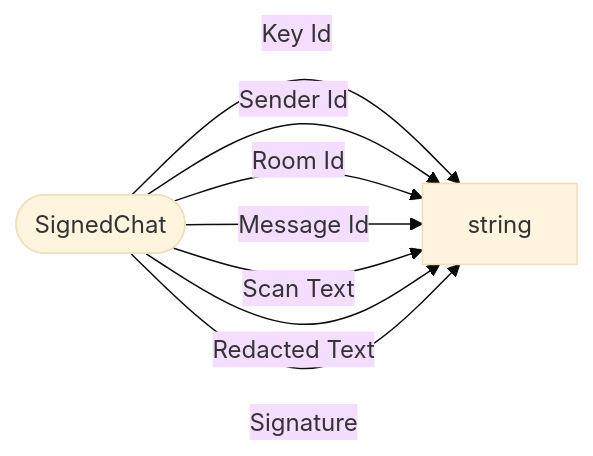
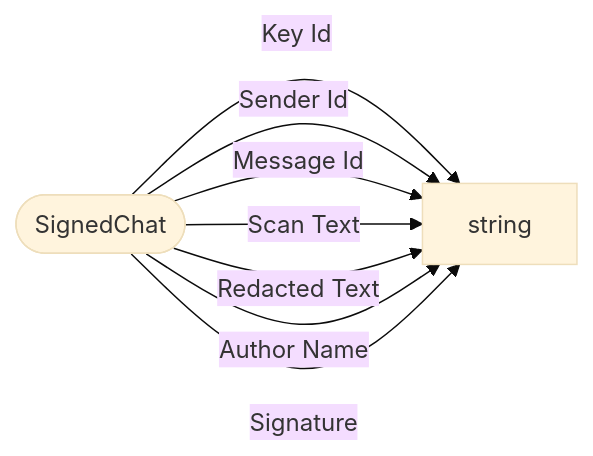
One commit to bedrock-v/protocol-docs changed the diagram in schemas/types/SignedChat.md. Above: the diagram before and after it, drawn with Mermaid (base theme). The commit also changed 32 other files, not shown here.

````diff
--- a/schemas/types/SignedChat.md
+++ b/schemas/types/SignedChat.md
@@ -5,11 +5,11 @@
 ```mermaid
 flowchart LR
   ROOT(["SignedChat"])
   ROOT -->|"Key Id"| string["string"]
   ROOT -->|"Sender Id"| string["string"]
-  ROOT -->|"Room Id"| string["string"]
   ROOT -->|"Message Id"| string["string"]
   ROOT -->|"Scan Text"| string["string"]
   ROOT -->|"Redacted Text"| string["string"]
+  ROOT -->|"Author Name"| string["string"]
   ROOT -->|"Signature"| string["string"]
 ```
````
